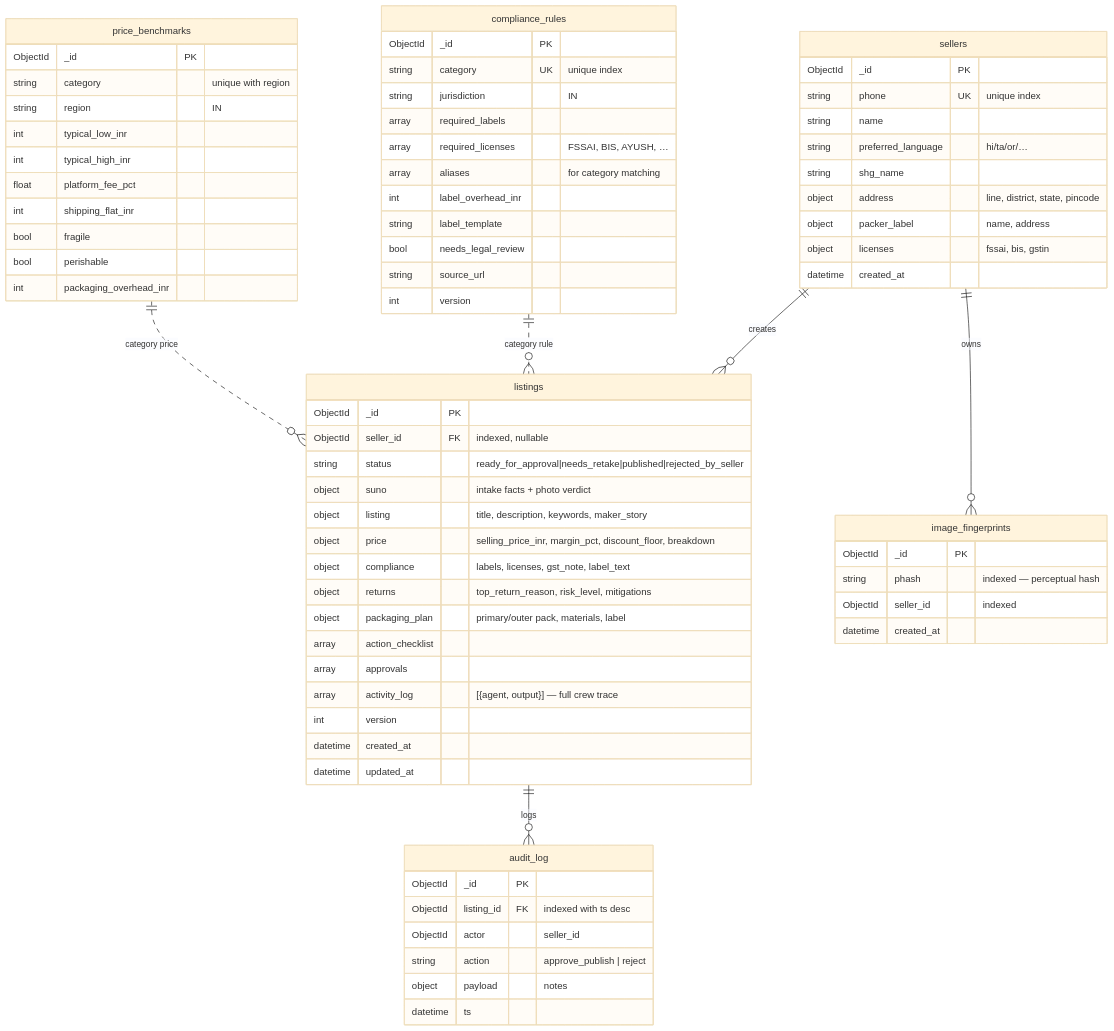
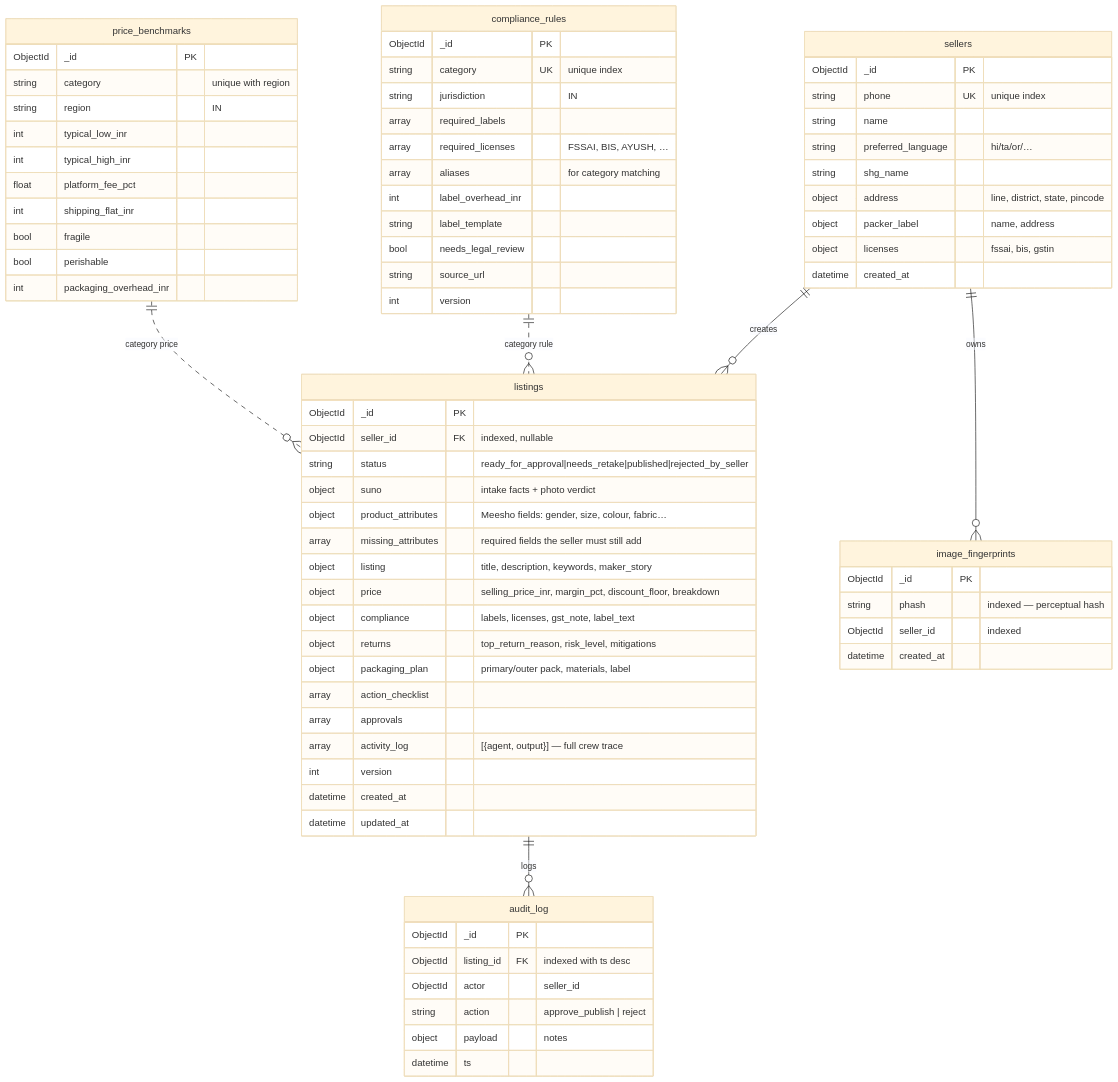
Before and after one commit to sandana1918/Aarambhini: the third of 4 diagrams in docs/ARCHITECTURE.md, drawn with Mermaid (base theme). The commit also changed other lines of this file and 15 other files, not shown here.

```diff
--- a/docs/ARCHITECTURE.md
+++ b/docs/ARCHITECTURE.md
@@ -182,6 +183,8 @@
         ObjectId seller_id FK "indexed, nullable"
         string status "ready_for_approval|needs_retake|published|rejected_by_seller"
         object suno "intake facts + photo verdict"
+        object product_attributes "Meesho fields: gender, size, colour, fabric…"
+        array missing_attributes "required fields the seller must still add"
         object listing "title, description, keywords, maker_story"
         object price "selling_price_inr, margin_pct, discount_floor, breakdown"
         object compliance "labels, licenses, gst_note, label_text"
```
